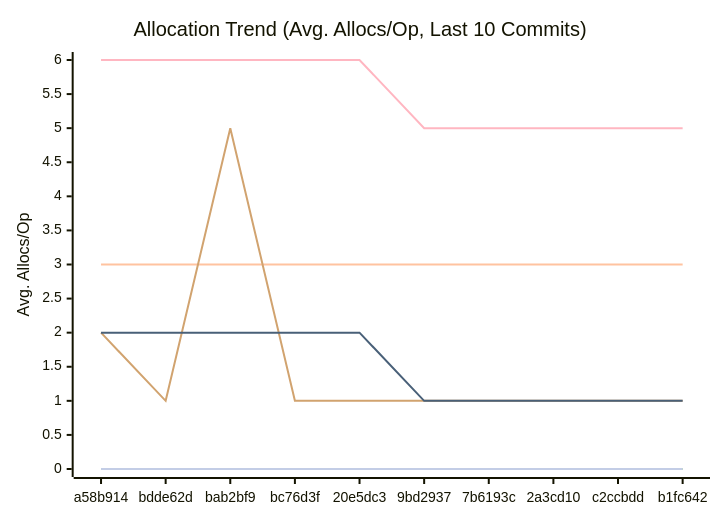
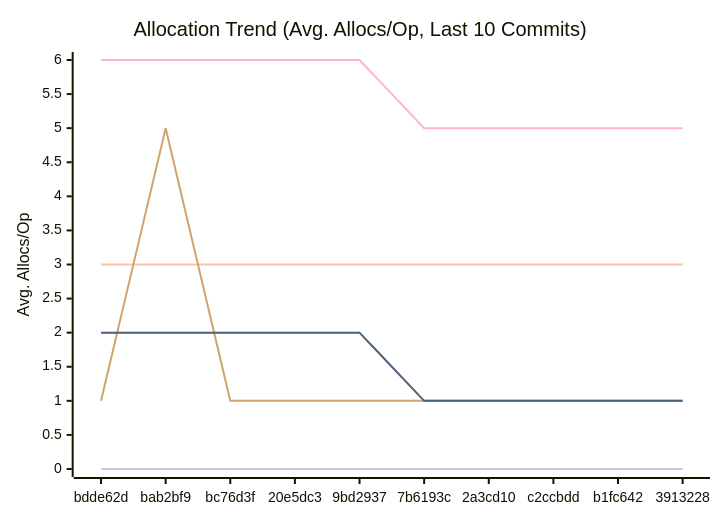
The third of 3 diagrams in docs/PERFORMANCE.md (alsotoes/momo), drawn with Mermaid before and after one commit. The commit also changed other lines of this file and 1 other file, not shown here.

````diff
--- a/docs/PERFORMANCE.md
+++ b/docs/PERFORMANCE.md
@@ -114,16 +114,16 @@
 ```mermaid
 xychart-beta
     title "Allocation Trend (Avg. Allocs/Op, Last 10 Commits)"
     x-axis "Commit"
     y-axis "Avg. Allocs/Op"
-    x-axis [a58b914,bdde62d,bab2bf9,bc76d3f,20e5dc3,9bd2937,7b6193c,2a3cd10,c2ccbdd,b1fc642]
+    x-axis [bdde62d,bab2bf9,bc76d3f,20e5dc3,9bd2937,7b6193c,2a3cd10,c2ccbdd,b1fc642,3913228]
     line "CheckMetricsAndSwap" [0,0,0,0,0,0,0,0,0,0]
     line "CrushOptimized" [0,0,0,0,0,0,0,0,0,0]
     line "CrushOriginal" [3,3,3,3,3,3,3,3,3,3]
     line "IndexDirectTracking" [0,0,0,0,0,0,0,0,0,0]
     line "IndexSearch" [0,0,0,0,0,0,0,0,0,0]
-    line "LoadGlobalConfig" [2,1,5,1,1,1,1,1,1,1]
+    line "LoadGlobalConfig" [1,5,1,1,1,1,1,1,1,1]
     line "PadString" [0,0,0,0,0,0,0,0,0,0]
     line "ParseReplicationOrder_NoPrealloc" [6,6,6,6,6,5,5,5,5,5]
     line "ParseReplicationOrder_Prealloc" [2,2,2,2,2,1,1,1,1,1]
 ```
````
